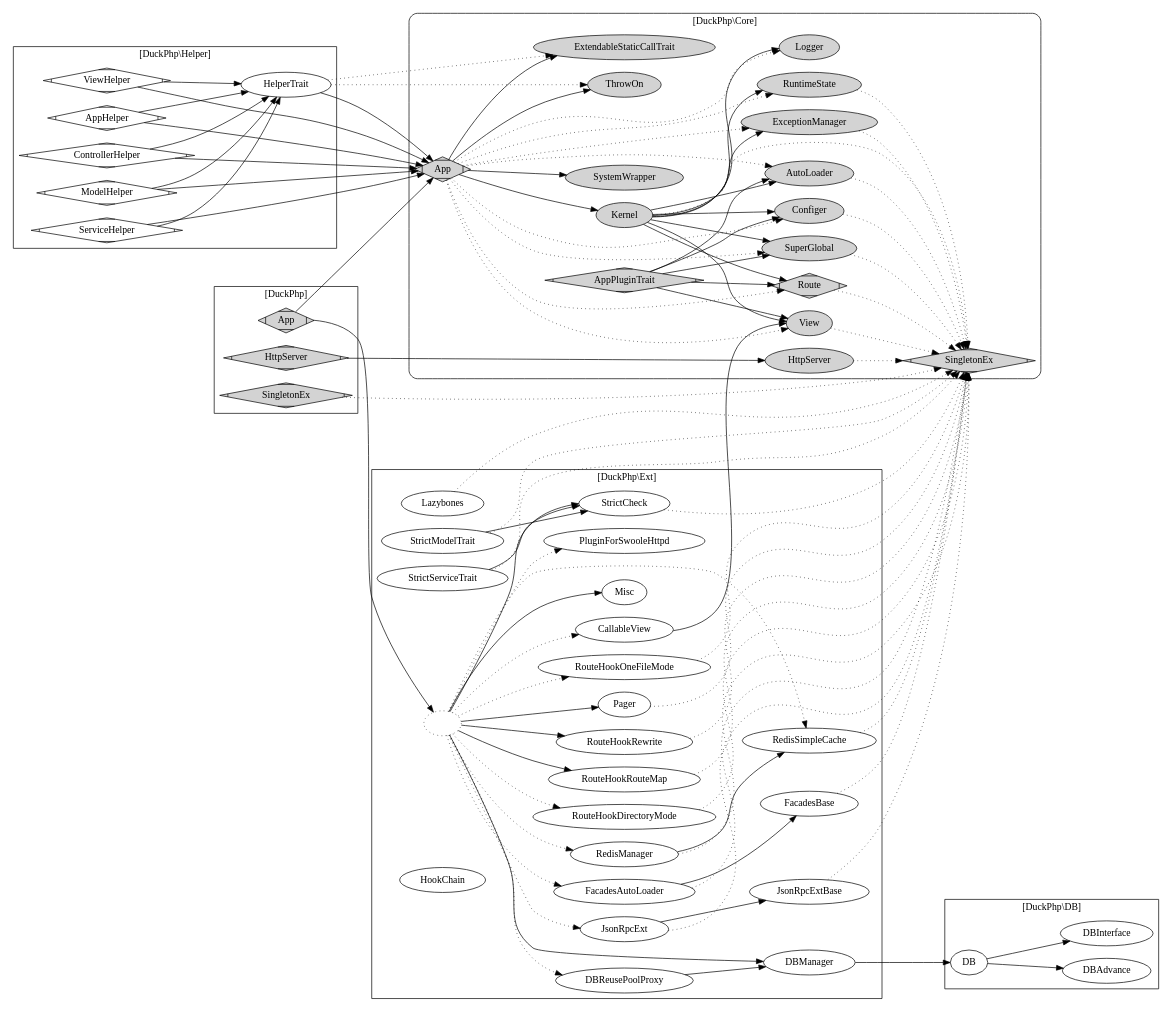
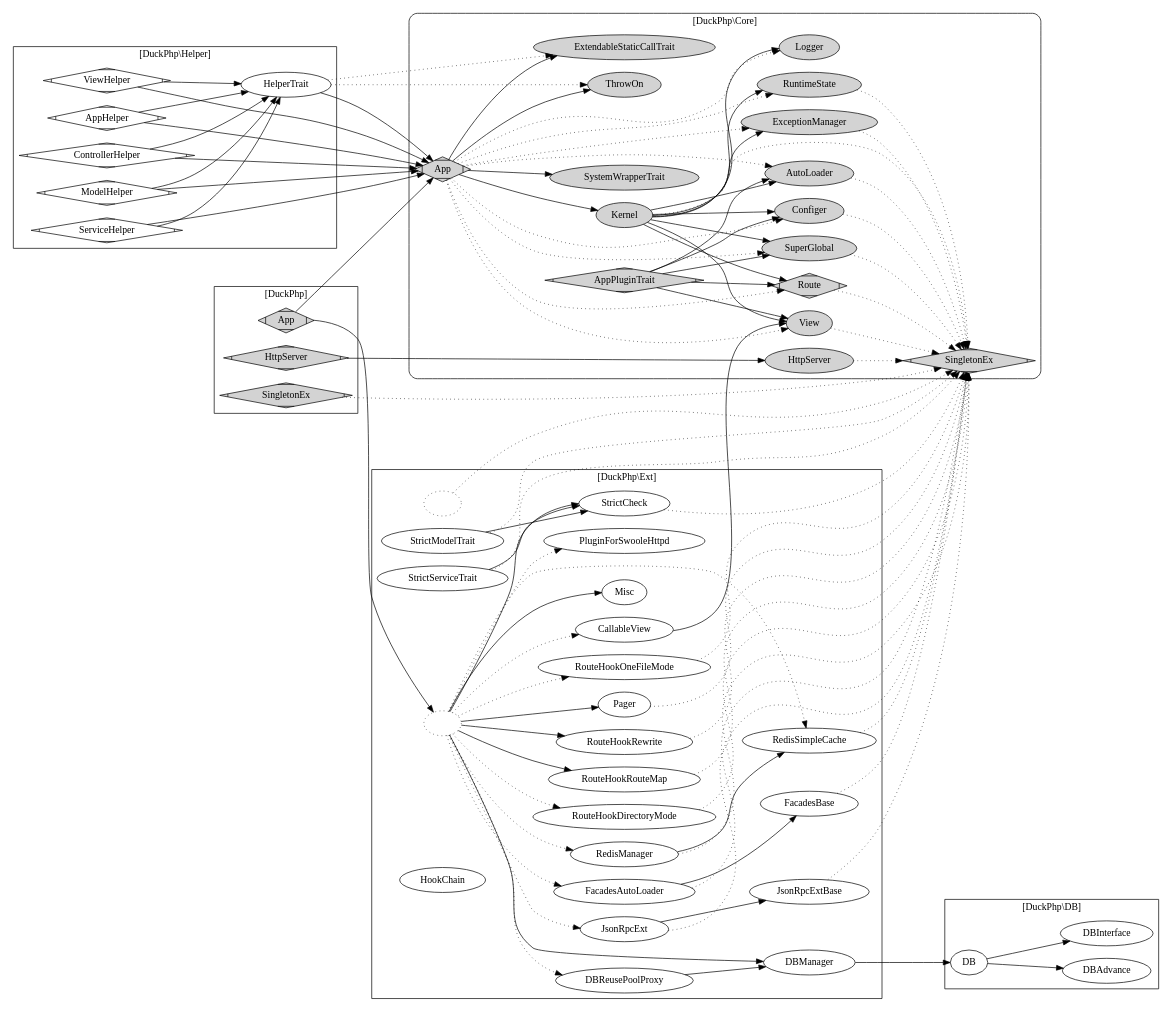
The diagram in doc/duckphp.gv (dvaknheo/duckphp), drawn with Graphviz before and after one commit. The commit also changed 4 other files, not shown here.

```diff
--- a/doc/duckphp.gv
+++ b/doc/duckphp.gv
@@ -1,198 +1,199 @@
 digraph G{
 /* This is a graphviz file */
 graph [rankdir = "LR"];
     
     SingletonEx [shape=Mdiamond];
     
 subgraph cluster_Core {
     style = "rounded";
     label = "[DuckPhp\\Core]";
     node [style=filled];
 
 
     Core_Kernel -> Core_SingletonEx [style="dotted"];
     Core_Kernel -> Core_AutoLoader ;
     Core_Kernel -> Core_Configer;
     Core_Kernel -> Core_Logger;
     Core_Kernel -> Core_ExceptionManager;
     Core_Kernel -> Core_Route;
     Core_Kernel -> Core_RuntimeState;
     Core_Kernel -> Core_View;
     Core_Kernel -> Core_SuperGlobal;
 
     
     Core_App -> Core_Kernel;
     Core_App -> Core_ThrowOn;
     Core_App -> Core_ExtendableStaticCallTrait;
-    Core_App -> Core_SystemWrapper;
+    Core_App -> Core_SystemWrapperTrait;
     
     Core_App -> Core_AutoLoader [style="dotted"];
     Core_App -> Core_Configer [style="dotted"];
     Core_App -> Core_Logger [style="dotted"];
     Core_App -> Core_ExceptionManager [style="dotted"];
     Core_App -> Core_Route [style="dotted"];
     Core_App -> Core_RuntimeState [style="dotted"];
     Core_App -> Core_View [style="dotted"];
     Core_App -> Core_SuperGlobal [style="dotted"];
 
     Core_AutoLoader -> Core_SingletonEx [style="dotted"];
     Core_ExceptionManager -> Core_SingletonEx [style="dotted"];
     Core_View -> Core_SingletonEx [style="dotted"];
     Core_Configer -> Core_SingletonEx [style="dotted"];
     Core_Route -> Core_SingletonEx [style="dotted"];
     Core_RuntimeState -> Core_SingletonEx [style="dotted"];
     
     Core_HttpServer -> Core_SingletonEx [style="dotted"];
     Core_SuperGlobal -> Core_SingletonEx [style="dotted"];
 
 
     Core_AppPluginTrait -> Core_AutoLoader;
     Core_AppPluginTrait -> Core_Configer;
     Core_AppPluginTrait -> Core_View;
     Core_AppPluginTrait -> Core_Route;
     Core_AppPluginTrait -> Core_SuperGlobal;
 
 
     Core_AppPluginTrait [label="AppPluginTrait";shape=Mdiamond];
 
     Core_App [label="App";shape=Mdiamond];
     Core_Kernel [label="Kernel"];
     Core_SingletonEx [label="SingletonEx";shape=Mdiamond];
     Core_AutoLoader [label="AutoLoader"];
     Core_ExceptionManager [label="ExceptionManager"];
     Core_View [label="View"];
     Core_Configer [label="Configer"];
     Core_Logger [label="Logger"];
     Core_Route [label="Route";shape=Mdiamond];
     Core_RuntimeState [label="RuntimeState"];
-    Core_SystemWrapper [label="SystemWrapper"];
+    Core_SystemWrapperTrait [label="SystemWrapperTrait"];
     
     Core_HttpServer [label="HttpServer"];
     Core_SuperGlobal [label="SuperGlobal"];
 
     Core_ExtendableStaticCallTrait [label="ExtendableStaticCallTrait"];
     
     Core_ThrowOn [label="ThrowOn"];
     
 }
 
 
 
 
 subgraph cluster_Helper {
     label = "[DuckPhp\\Helper]";
     AppHelper -> Core_App; 
     ControllerHelper -> Core_App; 
     ModelHelper -> Core_App; 
     ServiceHelper -> Core_App; 
     ViewHelper -> Core_App; 
     HelperTrait -> Core_App;
     HelperTrait -> Core_ExtendableStaticCallTrait [style="dotted"];
     HelperTrait -> Core_ThrowOn [style="dotted"];
     
     AppHelper -> HelperTrait; 
     ControllerHelper -> HelperTrait; 
     ModelHelper -> HelperTrait; 
     ServiceHelper -> HelperTrait; 
     ViewHelper -> HelperTrait; 
 
     AppHelper [label="AppHelper";shape=Mdiamond];
     ControllerHelper [label="ControllerHelper";shape=Mdiamond];
     ModelHelper [label="ModelHelper";shape=Mdiamond];
     ServiceHelper [label="ServiceHelper";shape=Mdiamond];
     ViewHelper [label="ViewHelper";shape=Mdiamond];
 
 
 }
 
 
 
 
 subgraph cluster_DB {
     label = "[DuckPhp\\DB]";
 
     DB_DB -> DB_DBAdvance;
     DB_DB -> DB_DBInterface;
 
     DB_DB [label="DB"];
     DB_DBAdvance [label="DBAdvance"];
     DB_DBInterface [label="DBInterface"];
 
 }
 
 
 
 subgraph cluster_Ext {
 label = "[DuckPhp\\Ext]";
     Ext [label="";style="dotted"];
     
     Ext -> CallableView [style="dotted"];  CallableView -> Core_View;
     Ext -> DBManager -> DB_DB;
     Ext -> DBReusePoolProxy [style="dotted"];
     
     Ext -> FacadesAutoLoader [style="dotted"];
     Ext -> JsonRpcExt [style="dotted"] ;
 
     Ext -> Misc
     Ext -> Pager ;
     Ext -> PluginForSwooleHttpd [style="dotted"];
     Ext -> RouteHookRewrite;
     Ext -> RouteHookRouteMap;
     Ext -> StrictCheck;
     
     Ext -> RedisManager [style="dotted"];
     Ext -> RedisSimpleCache [style="dotted"];
     Ext -> RouteHookDirectoryMode [style="dotted"];
     Ext -> RouteHookOneFileMode [style="dotted"];
     
     DBReusePoolProxy ->DBManager; 
     JsonRpcExt -> JsonRpcExtBase ;
     JsonRpcExt -> Core_SingletonEx [style="dotted"];
     JsonRpcExtBase -> Core_SingletonEx [style="dotted"];
 
     FacadesAutoLoader ->FacadesBase ;
     FacadesAutoLoader -> Core_SingletonEx [style="dotted"];
     FacadesBase -> Core_SingletonEx [style="dotted"];
     
-    Lazybones -> Core_SingletonEx [style="dotted"];
+    _holder -> Core_SingletonEx [style="dotted"];
+    _holder[label="";style="dotted"];
     
     Pager -> Core_SingletonEx [style="dotted"]; 
     
     RedisManager -> RedisSimpleCache;
     RedisManager -> Core_SingletonEx [style="dotted"]; 
     RedisSimpleCache -> Core_SingletonEx [style="dotted"]; 
     
     RouteHookDirectoryMode -> Core_SingletonEx [style="dotted"]; 
     RouteHookOneFileMode -> Core_SingletonEx [style="dotted"];
     
     RouteHookRewrite -> Core_SingletonEx[style="dotted"]; 
     RouteHookRouteMap -> Core_SingletonEx [style="dotted"]; 
 
     StrictCheck -> Core_SingletonEx [style="dotted"]; 
     
     StrictModelTrait -> Core_SingletonEx [style="dotted"]; 
     StrictServiceTrait -> Core_SingletonEx [style="dotted"];
 
     StrictModelTrait -> StrictCheck; 
     StrictServiceTrait -> StrictCheck; 
     
     Core_HookChain [label="HookChain"];
 
 }
 subgraph cluster_DuckPhp {
     label = "[DuckPhp]";
         node [style=filled];
 
     HttpServer -> Core_HttpServer;
     App -> Core_App;
     SingletonEx -> Core_SingletonEx [style="dotted"];
     
     App -> Ext;
 
     App [shape=Mdiamond];
     HttpServer [shape=Mdiamond];
     
     SingletonEx [style=filled,shape=Mdiamond] ;
 }
 
 }
```
